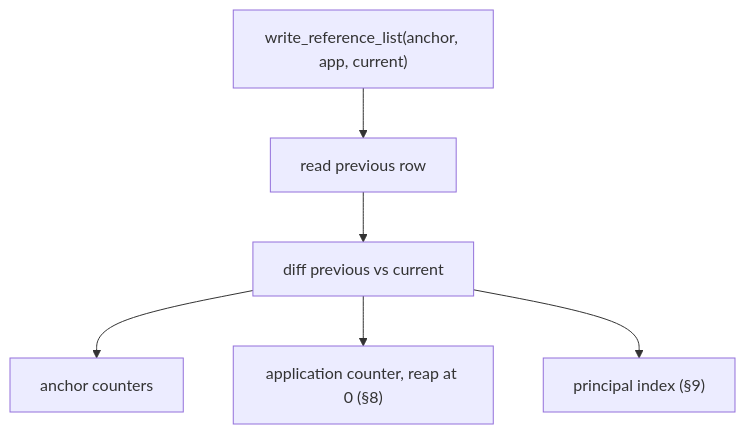
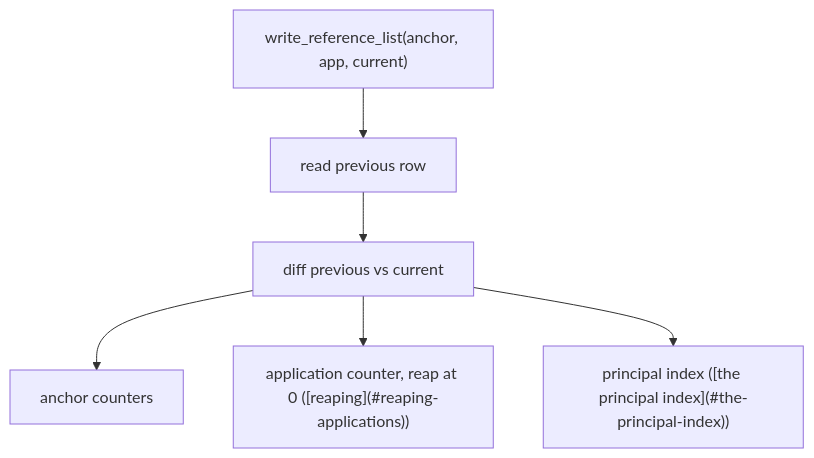
Before and after one commit to dfinity/internet-identity: the fifth of 7 diagrams in docs/ongoing/tracked-default-accounts.md, drawn with Mermaid. The commit also changed other lines of this file, not shown here.

````diff
--- a/docs/ongoing/tracked-default-accounts.md
+++ b/docs/ongoing/tracked-default-accounts.md
@@ -168,8 +216,8 @@
 ```mermaid
 flowchart TD
     A["write_reference_list(anchor, app, current)"] --> B[read previous row]
     B --> C[diff previous vs current]
     C --> D[anchor counters]
-    C --> E["application counter, reap at 0 (§8)"]
-    C --> F["principal index (§9)"]
+    C --> E["application counter, reap at 0 ([reaping](#reaping-applications))"]
+    C --> F["principal index ([the principal index](#the-principal-index))"]
 ```
````
